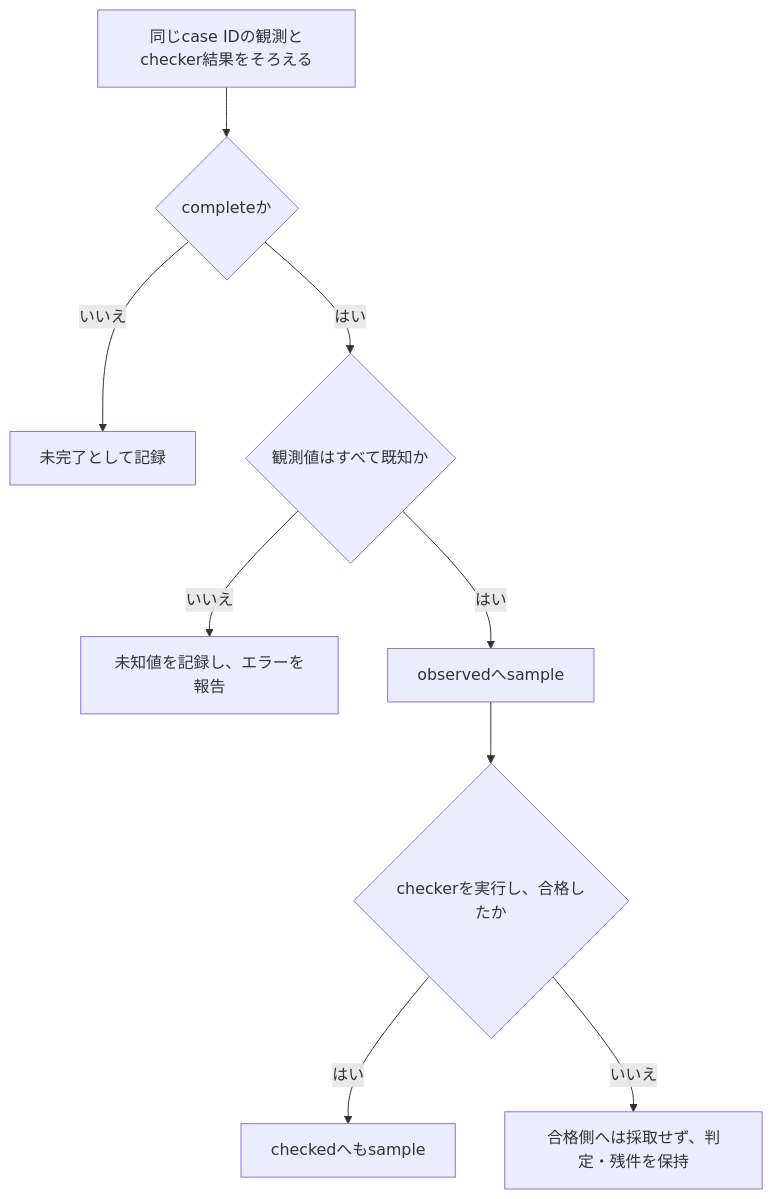
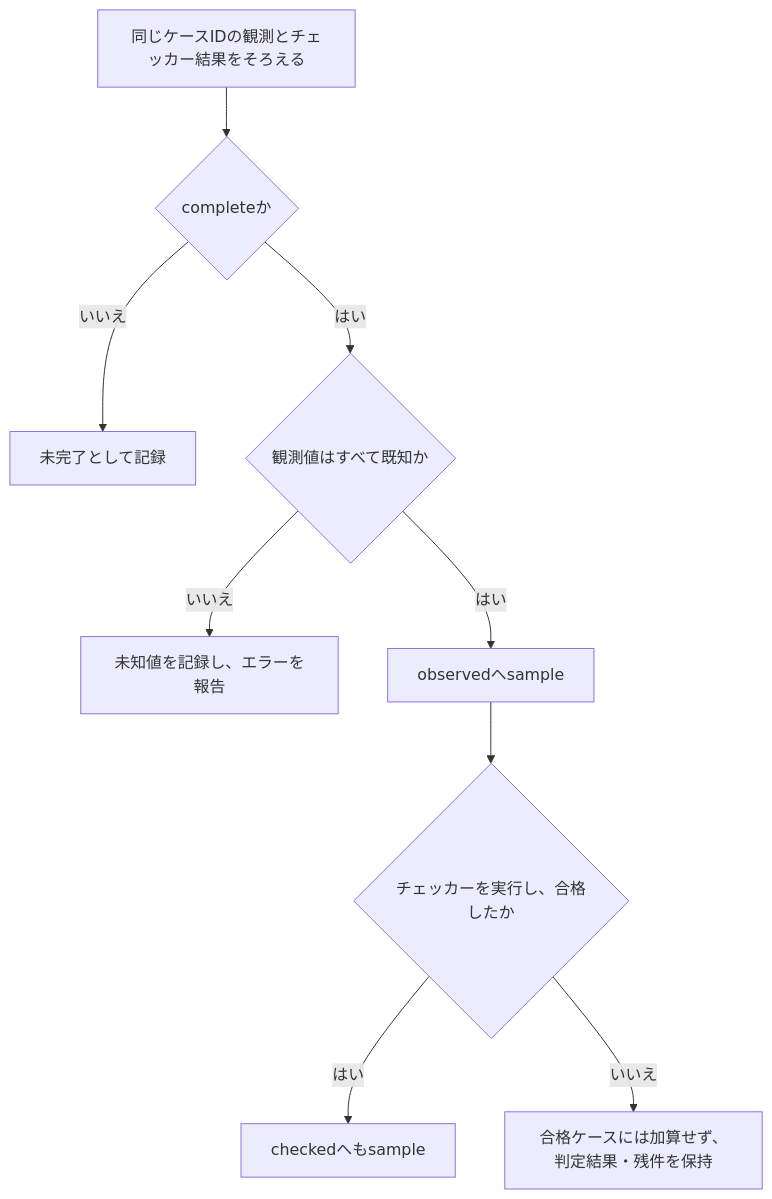
The diagram in docs/method/functional-coverage.md (kurochan001/lsi-verification-method), drawn with Mermaid before and after one commit. The commit also changed other lines of this file and 26 other files, not shown here.

````diff
--- a/docs/method/functional-coverage.md
+++ b/docs/method/functional-coverage.md
@@ -147,13 +147,13 @@
 ```mermaid
 flowchart TD
-  accTitle: 到達の観測と合格した到達の分離
-  accDescr: 未完了と未知値を分離し、完了した既知値のケースをobservedへ記録する。checkerが実行され合格した場合だけcheckedにも記録する。
-  M["同じcase IDの観測とchecker結果をそろえる"] --> C{"completeか"}
+  accTitle: 観測カバレッジとチェッカー合格ケースのカバレッジ
+  accDescr: 未完了と未知値を分離し、完了した既知値のケースをobservedへ記録する。チェッカーが実行され合格した場合だけcheckedにも記録する。
+  M["同じケースIDの観測とチェッカー結果をそろえる"] --> C{"completeか"}
   C -- "いいえ" --> I["未完了として記録"]
   C -- "はい" --> K{"観測値はすべて既知か"}
   K -- "いいえ" --> X["未知値を記録し、エラーを報告"]
   K -- "はい" --> O["observedへsample"]
-  O --> J{"checkerを実行し、合格したか"}
+  O --> J{"チェッカーを実行し、合格したか"}
   J -- "はい" --> P["checkedへもsample"]
-  J -- "いいえ" --> F["合格側へは採取せず、判定・残件を保持"]
+  J -- "いいえ" --> F["合格ケースには加算せず、判定結果・残件を保持"]
 ```
````
